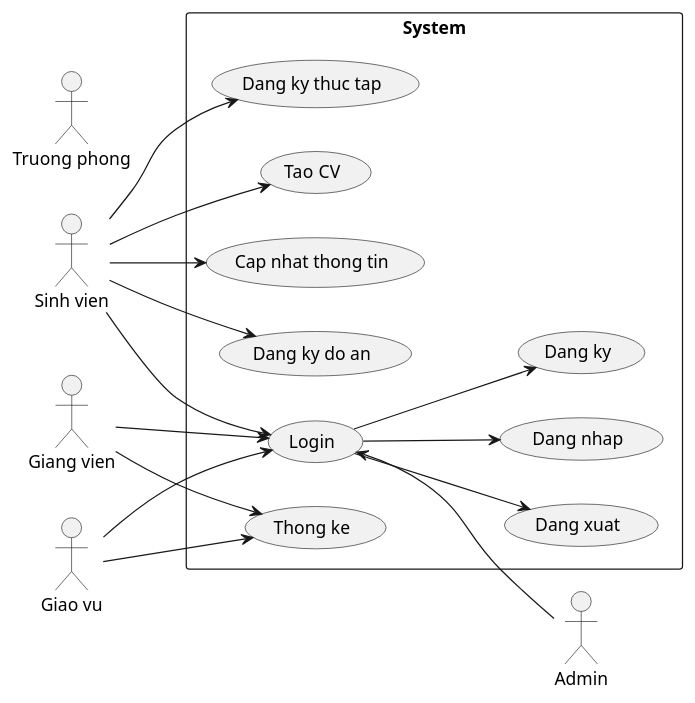
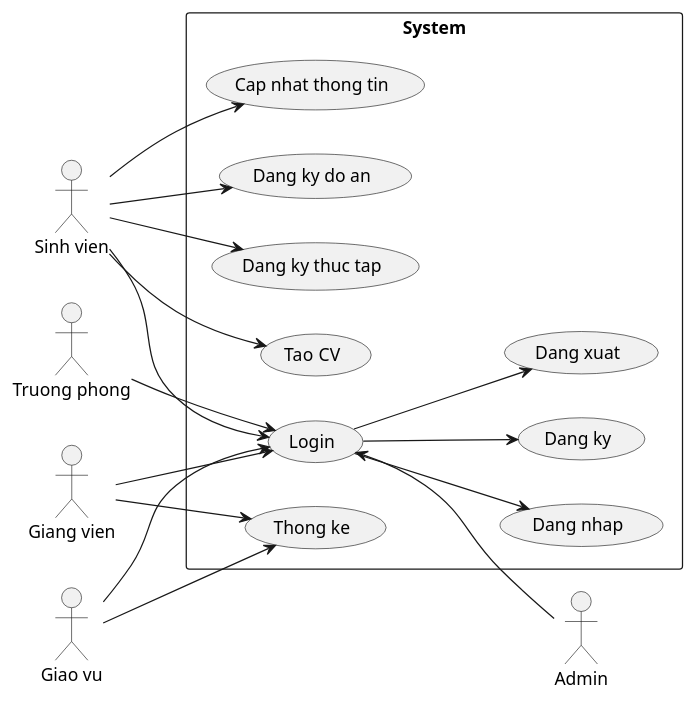
Before and after one commit to toroieno/HUST: the diagram in DA_II/plantUML/usecase.wsd, drawn with PlantUML. The commit also changed 26 other files, not shown here.

```diff
--- a/DA_II/plantUML/usecase.wsd
+++ b/DA_II/plantUML/usecase.wsd
@@ -1,38 +1,40 @@
 @startuml usecase
 
 left to right direction
 actor "Sinh vien" as sv
 actor "Giang vien" as gv
 actor "Giao vu" as giv
 actor "Truong phong" as tp
 
 rectangle System {
   usecase "Login" as lg 
   usecase "Dang nhap" as dn 
   usecase "Dang ky" as dk 
   usecase "Dang xuat" as dx 
   lg --> dn
   lg --> dk 
   lg --> dx
 
   usecase "Cap nhat thong tin" as update
   usecase "Thong ke" as prop 
   usecase "Dang ky do an" as register
   usecase "Dang ky thuc tap" as logwork
   usecase "Tao CV" as CV
 }
 giv --> lg
 giv --> prop
 
 gv --> lg
 gv --> prop
 
+tp --> lg
+
 sv --> lg
 sv --> update
 sv --> register
 sv --> logwork
 sv --> CV
 
 actor "Admin" as ad
 lg <-- ad
 @enduml
```
